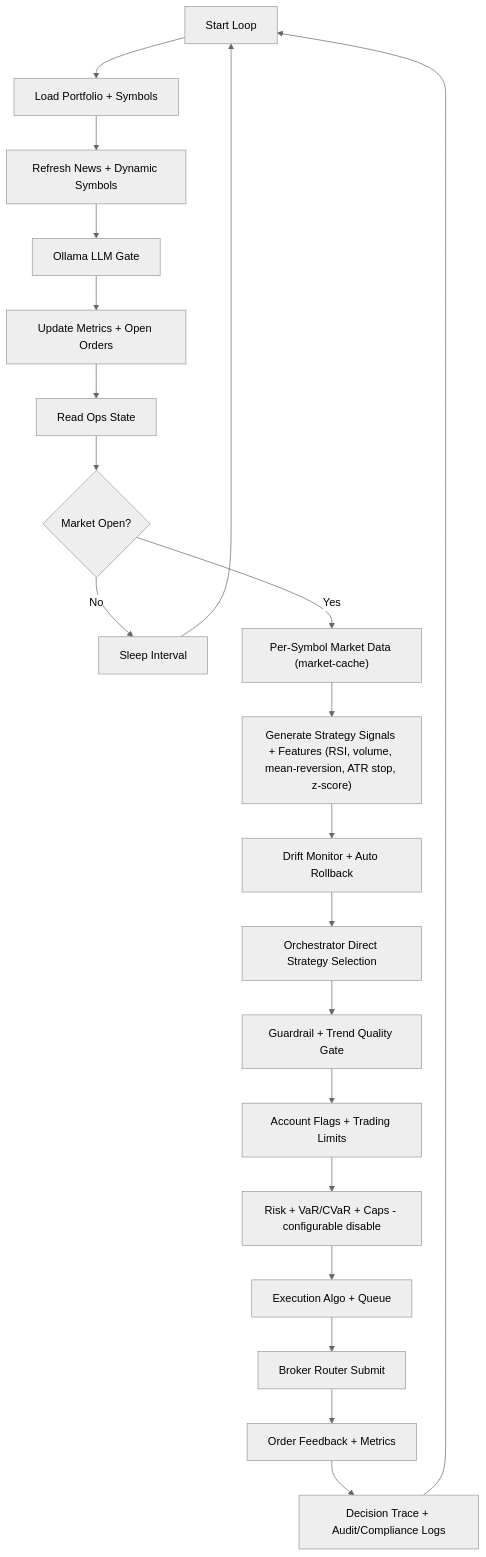
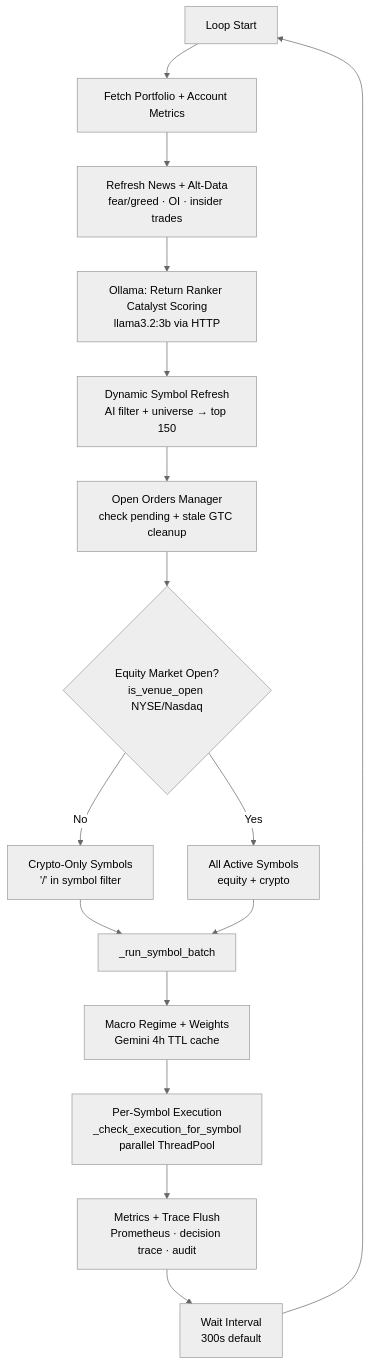
One commit to ilfrick/Fricktrade changed the first of 8 diagrams in docs/flow_trading_agent.md. Above: the diagram before and after it, drawn with Mermaid (neutral theme). The commit also changed other lines of this file and 3 other files, not shown here.

First line of the commit message:
fix: skip TWAP slicing for crypto; rewrite flow and system_map docs

````diff
--- a/docs/flow_trading_agent.md
+++ b/docs/flow_trading_agent.md
@@ -10,23 +12,18 @@
 ```mermaid
 flowchart TD
-    A[Start Loop] --> B[Load Portfolio + Symbols]
-    B --> C[Refresh News + Dynamic Symbols]
-    C --> Ollama[Ollama LLM Gate]
-    Ollama --> D[Update Metrics + Open Orders]
-    D --> E[Read Ops State]
-    E --> F{Market Open?}
-    F -- No --> G[Sleep Interval]
-    G --> A
-    F -- Yes --> H["Per-Symbol Market Data (market-cache)"]
-    H --> I["Generate Strategy Signals + Features (RSI, volume, mean-reversion, ATR stop, z-score)"]
-    I --> J[Drift Monitor + Auto Rollback]
-    J --> K[Orchestrator Direct Strategy Selection]
-    K --> L[Guardrail + Trend Quality Gate]
-    L --> AccountFlags[Account Flags + Trading Limits]
-    AccountFlags --> M["Risk + VaR/CVaR + Caps - configurable disable"]
-    M --> N[Execution Algo + Queue]
-    N --> O[Broker Router Submit]
-    O --> P[Order Feedback + Metrics]
-    P --> Q[Decision Trace + Audit/Compliance Logs]
-    Q --> A
+    A[Loop Start] --> B[Fetch Portfolio + Account Metrics]
+    B --> C[Refresh News + Alt-Data\nfear/greed · OI · insider trades]
+    C --> D[Ollama: Return Ranker Catalyst Scoring\nllama3.2:3b via HTTP]
+    D --> E[Dynamic Symbol Refresh\nAI filter + universe → top 150]
+    E --> F[Open Orders Manager\ncheck pending + stale GTC cleanup]
+    F --> G{Equity Market Open?\nis_venue_open NYSE/Nasdaq}
+    G -- No --> H[Crypto-Only Symbols\n'/' in symbol filter]
+    G -- Yes --> I[All Active Symbols\nequity + crypto]
+    H --> J[_run_symbol_batch]
+    I --> J
+    J --> K[Macro Regime + Weights\nGemini 4h TTL cache]
+    K --> L[Per-Symbol Execution\n_check_execution_for_symbol\nparallel ThreadPool]
+    L --> M[Metrics + Trace Flush\nPrometheus · decision trace · audit]
+    M --> N[Wait Interval\n300s default]
+    N --> A
 ```
````
